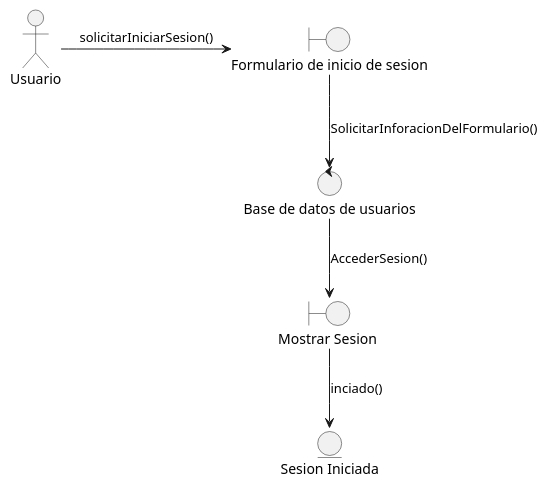
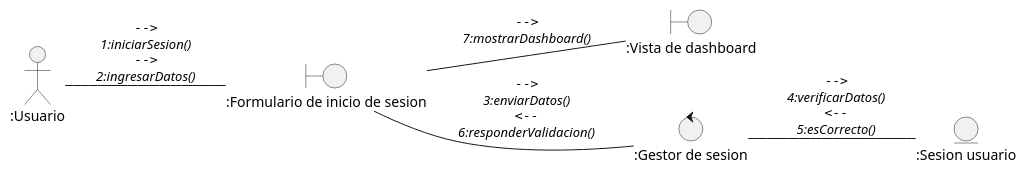
Before and after one commit to Samantha-Ramirez/ProyectoEquipo7ING: the diagram in docs/scenariosView/DisciplinaDeAnalisisDiagramaDeColaboracionIniciarSesion.plantUML, drawn with PlantUML. The commit also changed 32 other files, not shown here.

Commit message:
Diagramas de clases y de colaboracion hasta UC8 2906

```diff
--- a/docs/scenariosView/DisciplinaDeAnalisisDiagramaDeColaboracionIniciarSesion.plantUML
+++ b/docs/scenariosView/DisciplinaDeAnalisisDiagramaDeColaboracionIniciarSesion.plantUML
@@ -1,16 +1,21 @@
 @startuml DisciplinaDeAnalisisDiagramaDeColaboracionIniciarSesion
 
-:Usuario: as Usuario
+left to right direction
 
-boundary "Formulario de inicio de sesion" as iniciar
-control "Base de datos de usuarios" as verificacion
-boundary "Mostrar Sesion " as Sesion
-entity "Sesion Iniciada" as iniciado
+actor ":Usuario" as actorUsuario
 
-Usuario-> iniciar: "solicitarIniciarSesion()"
-iniciar--> verificacion: "SolicitarInforacionDelFormulario()"
-verificacion --> Sesion: "AccederSesion()"
-Sesion --> iniciado:"inciado()"
+entity ":Sesion usuario" as entidadSesionUsuario
 
+boundary ":Formulario de inicio de sesion" as vistaIniciarSesion 
+boundary ":Vista de dashboard" as vistaDashboard
+
+control ":Gestor de sesion" as ctrlGestorSesion
+
+actorUsuario -- vistaIniciarSesion : ""-->""\n//1:iniciarSesion()//\n""-->""\n//2:ingresarDatos()//
+
+vistaIniciarSesion -- ctrlGestorSesion : ""-->""\n//3:enviarDatos()//\n""<--""\n//6:responderValidacion()//
+ctrlGestorSesion -- entidadSesionUsuario : ""-->""\n//4:verificarDatos()//\n""<--""\n//5:esCorrecto()//
+
+vistaIniciarSesion -- vistaDashboard : ""-->""\n//7:mostrarDashboard()//
 
 @enduml
```
